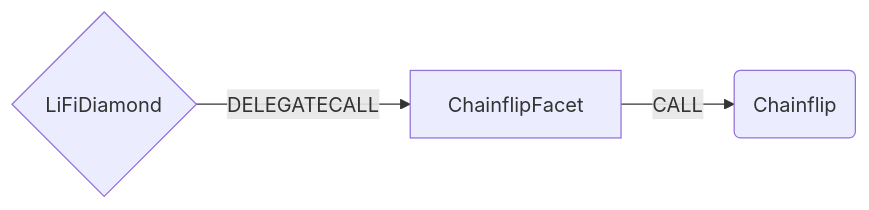
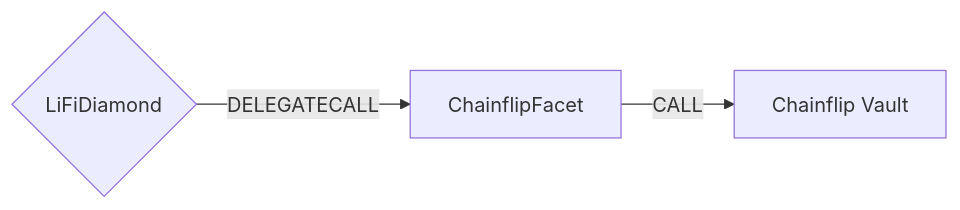
The diagram in docs/ChainflipFacet.md (lifinance/contracts), drawn with Mermaid before and after one commit. The commit also changed other lines of this file and 2 other files, not shown here.

````diff
--- a/docs/ChainflipFacet.md
+++ b/docs/ChainflipFacet.md
@@ -7,5 +7,5 @@
 ```mermaid
 graph LR;
     D{LiFiDiamond}-- DELEGATECALL -->ChainflipFacet;
-    ChainflipFacet -- CALL --> C(Chainflip)
+    ChainflipFacet -- CALL --> ChainflipVault[Chainflip Vault]
 ```
````
